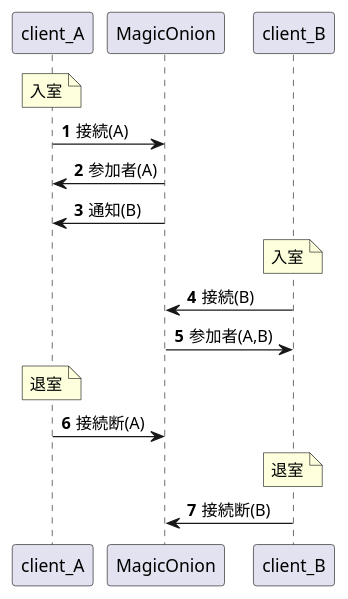
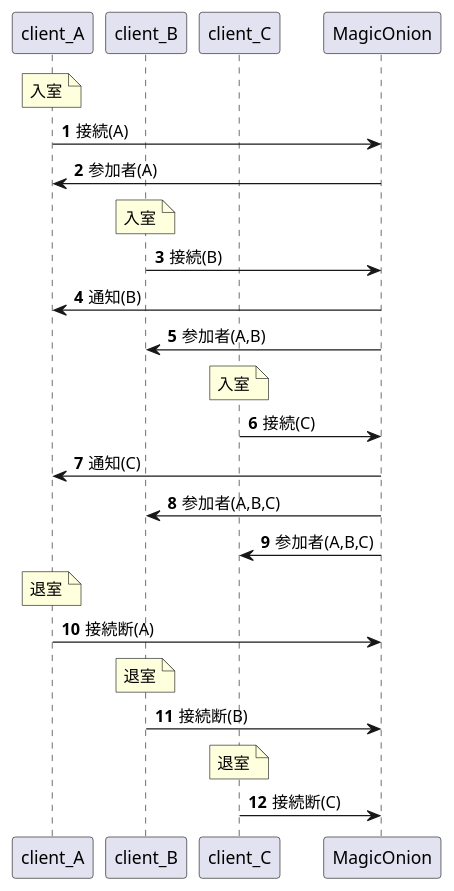
One commit to Emedia39/realtime-game changed the diagram in docs/diagrams/er/02er.puml. Above: the diagram before and after it, drawn with PlantUML. The commit also changed 4 other files, not shown here.

```diff
--- a/docs/diagrams/er/02er.puml
+++ b/docs/diagrams/er/02er.puml
@@ -1,28 +1,38 @@
 @startuml
 ' シングルクォートで図には反映されないコメントを書ける
 '12_1で8ページ
 'https://plantuml.com/sequence-diagram
 
 ' 図に表示する要素を定義
 participant client_A as クライアントA
+participant client_B as クライアントB
+participant client_C as クライアントC
 participant MagicOnion as マジックオンライン
-participant client_B as クライアントB
 
 ' 処理に連番を自動付与
 autonumber
 ' noteで図の中にコメントを付与
 note over クライアントA: 入室
 クライアントA -> マジックオンライン: 接続(A)
 マジックオンライン -> クライアントA: 参加者(A)
-マジックオンライン -> クライアントA: 通知(B)
 
 note over クライアントB: 入室
 クライアントB -> マジックオンライン: 接続(B)
+マジックオンライン -> クライアントA: 通知(B)
 マジックオンライン -> クライアントB: 参加者(A,B)
+
+note over クライアントC: 入室
+クライアントC -> マジックオンライン: 接続(C)
+マジックオンライン -> クライアントA: 通知(C)
+マジックオンライン -> クライアントB: 参加者(A,B,C)
+マジックオンライン -> クライアントC: 参加者(A,B,C)
 
 note over クライアントA: 退室
 クライアントA -> マジックオンライン: 接続断(A)
 
 note over クライアントB: 退室
 クライアントB -> マジックオンライン: 接続断(B)
+
+note over クライアントC: 退室
+クライアントC -> マジックオンライン: 接続断(C)
 @enduml
```
